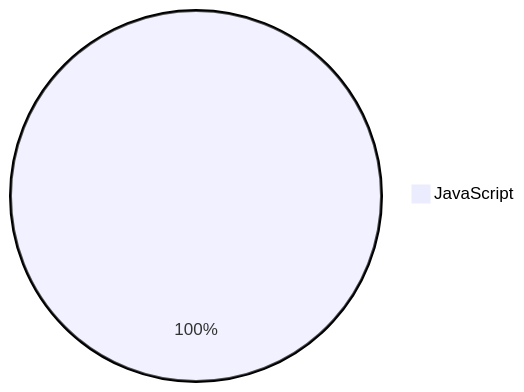
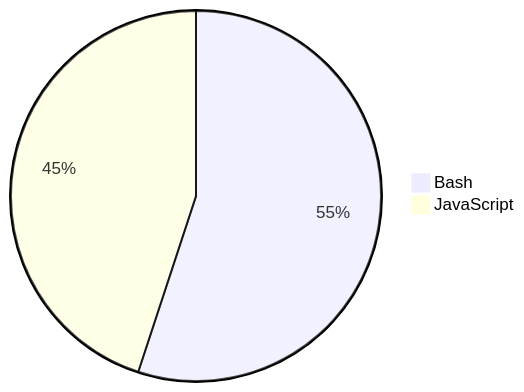
One commit to Alicia111/alicia111 changed the diagram in README.md. Above: the diagram before and after it, drawn with Mermaid.

Commit message:
Update WakaTime stats (・ω・)b

````diff
--- a/README.md
+++ b/README.md
@@ -32,4 +32,5 @@
 ```mermaid
 pie
-    "JavaScript" : 100.0
+    "Bash" : 55.05
+    "JavaScript" : 44.95
 ```
````
